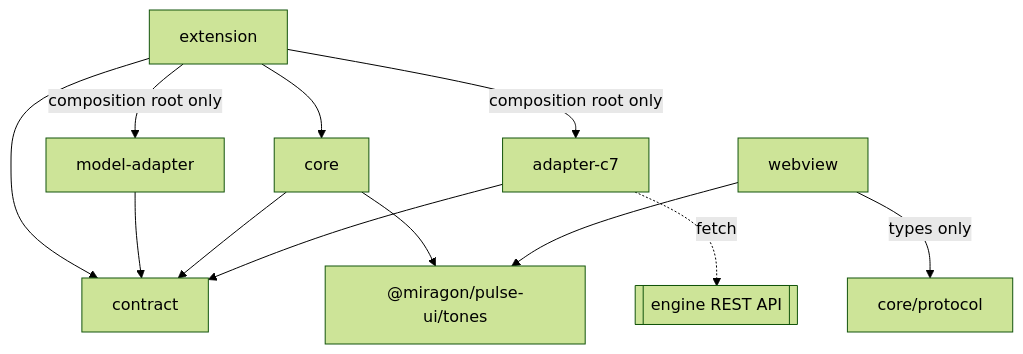
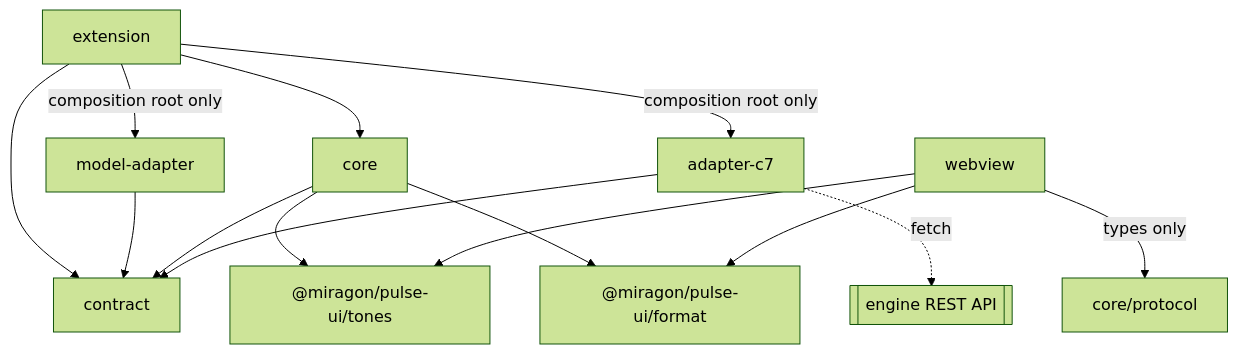
Before and after one commit to Miragon/pulse: the first of 2 diagrams in apps/vscode/docs/adr/architecture.md, drawn with Mermaid (forest theme). The commit also changed other lines of this file and 86 other files, not shown here.

````diff
--- a/apps/vscode/docs/adr/architecture.md
+++ b/apps/vscode/docs/adr/architecture.md
@@ -40,14 +40,16 @@
 ```mermaid
 flowchart TB
   extension --> core
   extension --> contract
   extension -- composition root only --> adapterC7[adapter-c7]
   extension -- composition root only --> modelAdapter[model-adapter]
   modelAdapter --> contract
   core --> contract
   core --> tones["@miragon/pulse-ui/tones"]
+  core --> format["@miragon/pulse-ui/format"]
   webview -- types only --> protocol[core/protocol]
   webview --> tones
+  webview --> format
   adapterC7 --> contract
   adapterC7 -. "fetch" .-> rest[[engine REST API]]
 ```
````
